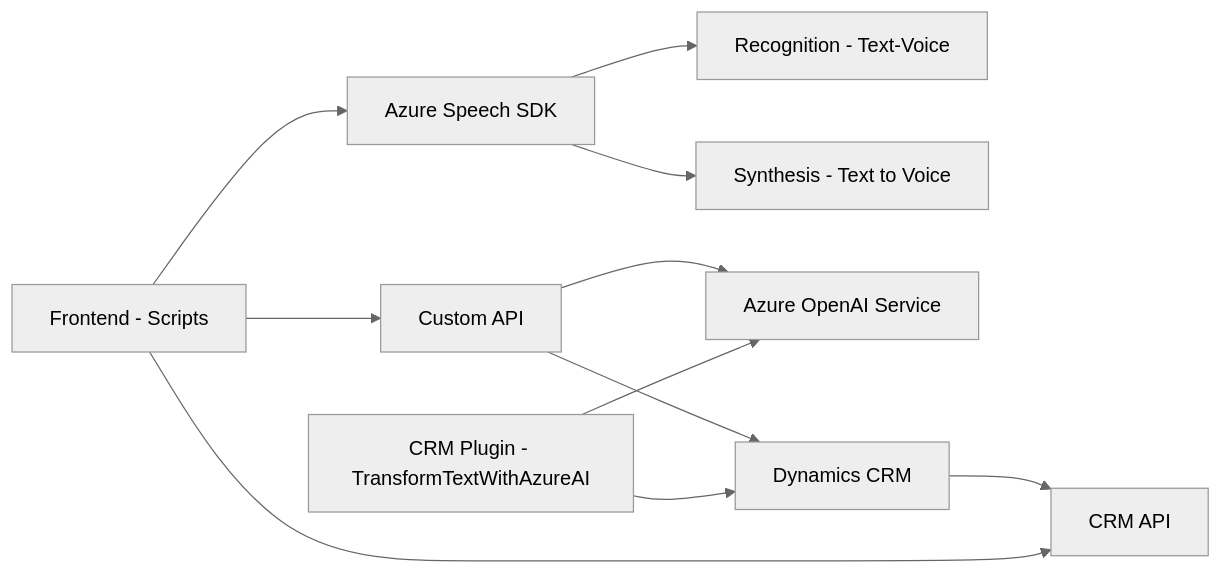
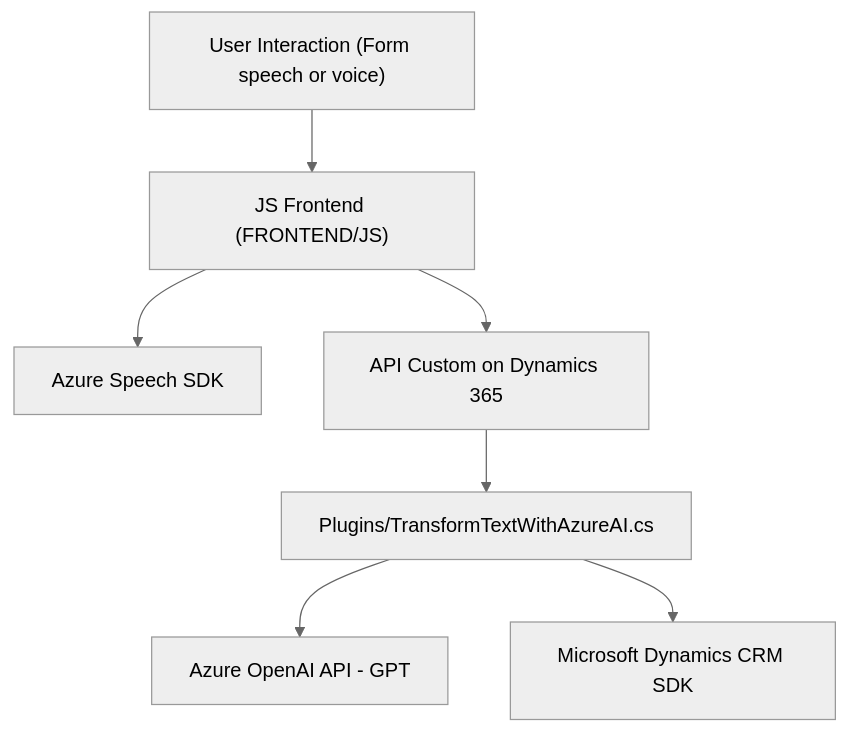
One commit to blopezdm/NETCORE_BILBAO2025 changed the diagram in README.md. Above: the diagram before and after it, drawn with Mermaid (neutral theme). The commit also changed other lines of this file, not shown here.

````diff
--- a/README.md
+++ b/README.md
@@ -53,13 +32,9 @@
 ```mermaid
-graph LR
-    A["Frontend - Scripts"] --> B["Azure Speech SDK"]
-    A["Frontend - Scripts"] --> C["Custom API"]
-    B["Azure Speech SDK"] --> D["Recognition - Text-Voice"]
-    B["Azure Speech SDK"] --> E["Synthesis - Text to Voice"]
-    C["Custom API"] --> F["Azure OpenAI Service"]
-    C["Custom API"] --> G["Dynamics CRM"]
-    H["CRM Plugin - TransformTextWithAzureAI"] --> F["Azure OpenAI Service"]
-    H["CRM Plugin - TransformTextWithAzureAI"] --> G["Dynamics CRM"]
-    G["Dynamics CRM"] --> I["CRM API"]
-    A["Frontend - Scripts"] --> I["CRM API"]
+graph TD
+    A["User Interaction (Form speech or voice)"] --> B["JS Frontend (FRONTEND/JS)"]
+    B --> C["Azure Speech SDK"]
+    B --> D["API Custom on Dynamics 365"]
+    D --> E["Plugins/TransformTextWithAzureAI.cs"]
+    E --> F["Azure OpenAI API - GPT"]
+    E --> G["Microsoft Dynamics CRM SDK"]
 ```
````
